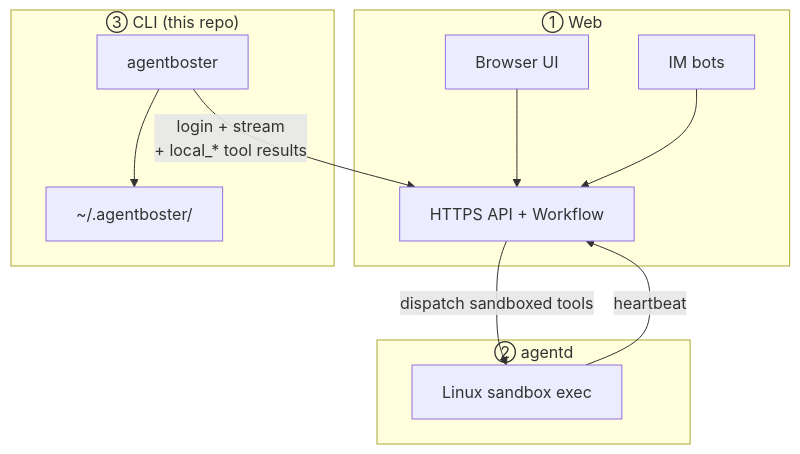
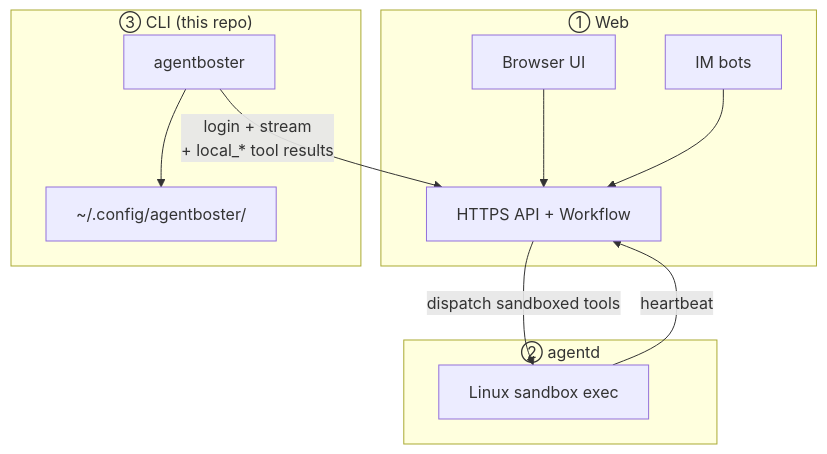
The first of 3 diagrams in subpackage/cli/README.md (NekoSekaiMoe/agentboster), drawn with Mermaid before and after one commit. The commit also changed other lines of this file and 22 other files, not shown here.

First line of the commit message:
refactor: unify config dirs to ~/.config/{agentboster,agentd,agentboster-desktop}

````diff
--- a/subpackage/cli/README.md
+++ b/subpackage/cli/README.md
@@ -13,24 +13,24 @@
 ```mermaid
 flowchart TB
   subgraph tier1["① Web"]
     API["HTTPS API + Workflow"]
     IM["IM bots"]
     UI["Browser UI"]
     UI --> API
     IM --> API
   end
 
   subgraph tier2["② agentd"]
     AD["Linux sandbox exec"]
   end
 
   subgraph tier3["③ CLI (this repo)"]
     BIN["agentboster"]
-    CFG["~/.agentboster/"]
+    CFG["~/.config/agentboster/"]
     BIN --> CFG
   end
 
   BIN -->|"login + stream\n+ local_* tool results"| API
   API -->|"dispatch sandboxed tools"| AD
   AD -->|"heartbeat"| API
 ```
````
